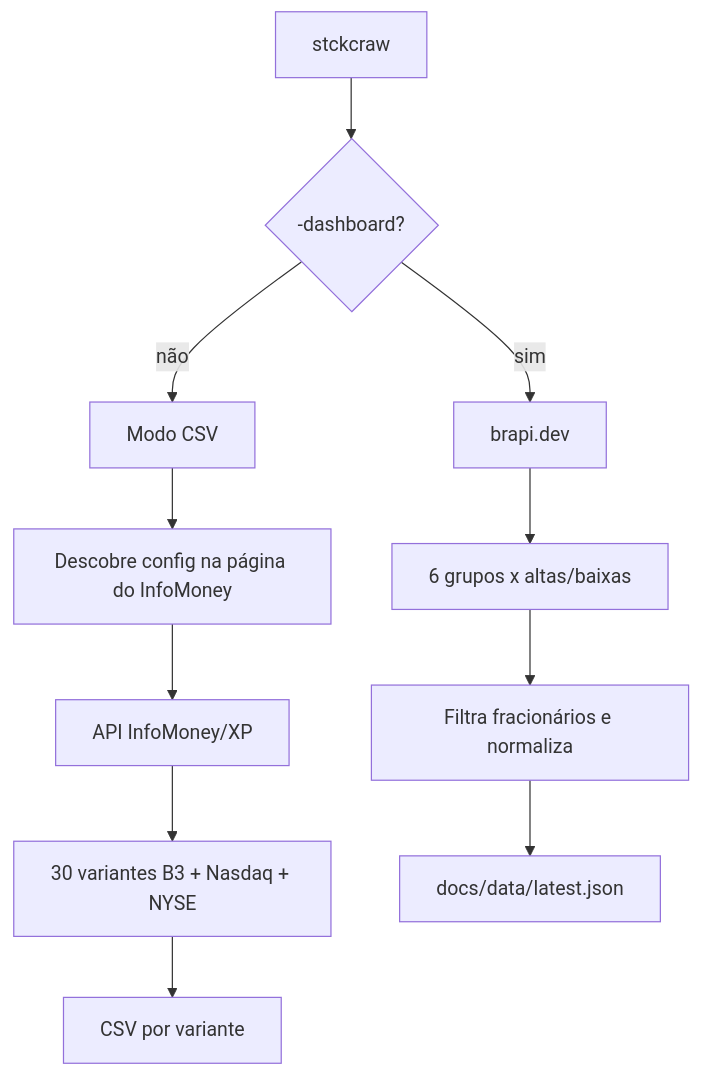
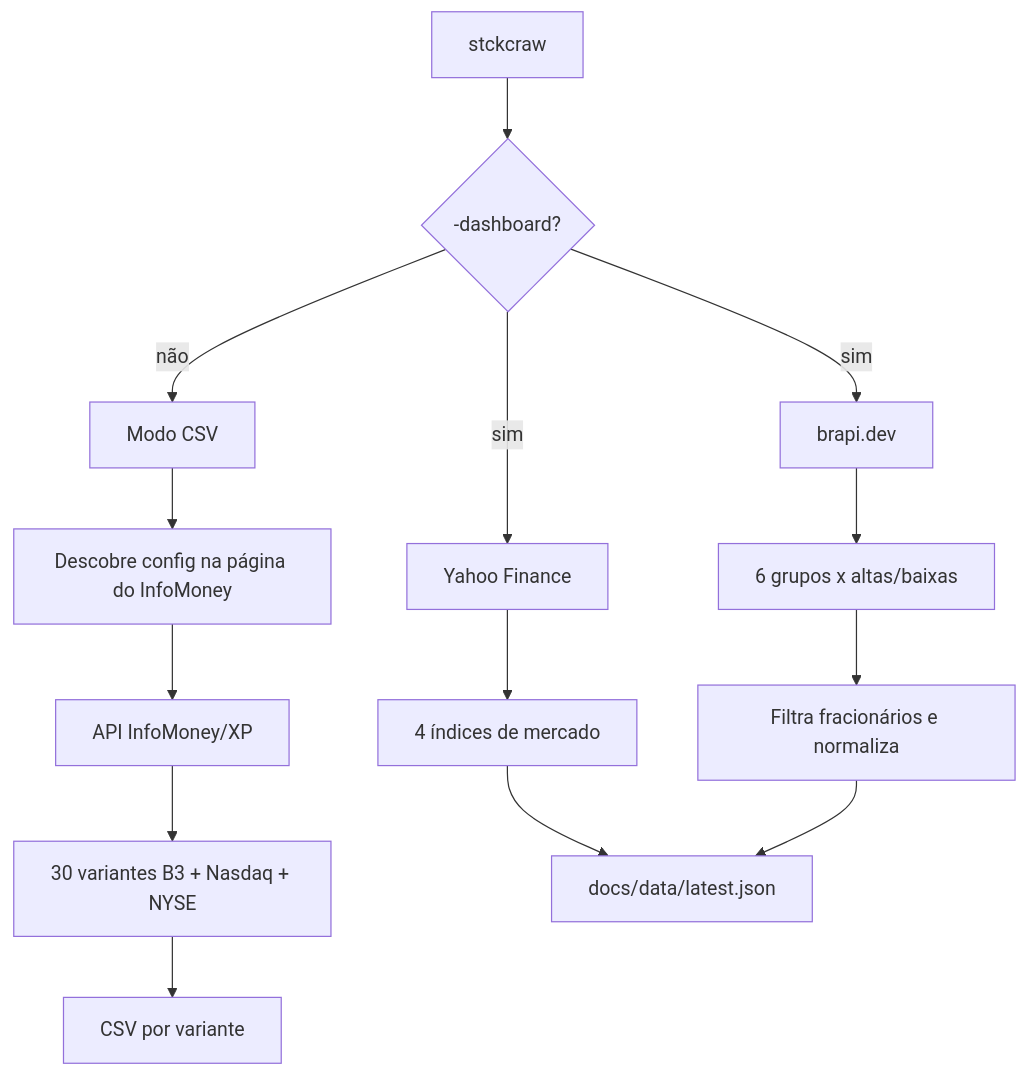
Before and after one commit to fabianoflorentino/stckcraw: the third of 8 diagrams in docs/architecture.md, drawn with Mermaid. The commit also changed other lines of this file and 10 other files, not shown here.

````diff
--- a/docs/architecture.md
+++ b/docs/architecture.md
@@ -63,13 +68,16 @@
 ```mermaid
 flowchart TD
   start["stckcraw"] --> mode{"-dashboard?"}
   mode -->|não| csv["Modo CSV"]
   csv --> discover["Descobre config na página do InfoMoney"]
   discover --> xp["API InfoMoney/XP"]
   xp --> variants["30 variantes B3 + Nasdaq + NYSE"]
   variants --> files["CSV por variante"]
   mode -->|sim| brapi["brapi.dev"]
+  mode -->|sim| yahoo["Yahoo Finance"]
   brapi --> groups["6 grupos x altas/baixas"]
+  yahoo --> indices["4 índices de mercado"]
   groups --> normalize["Filtra fracionários e normaliza"]
-  normalize --> json["docs/data/latest.json"]
+  indices --> json["docs/data/latest.json"]
+  normalize --> json
 ```
````
